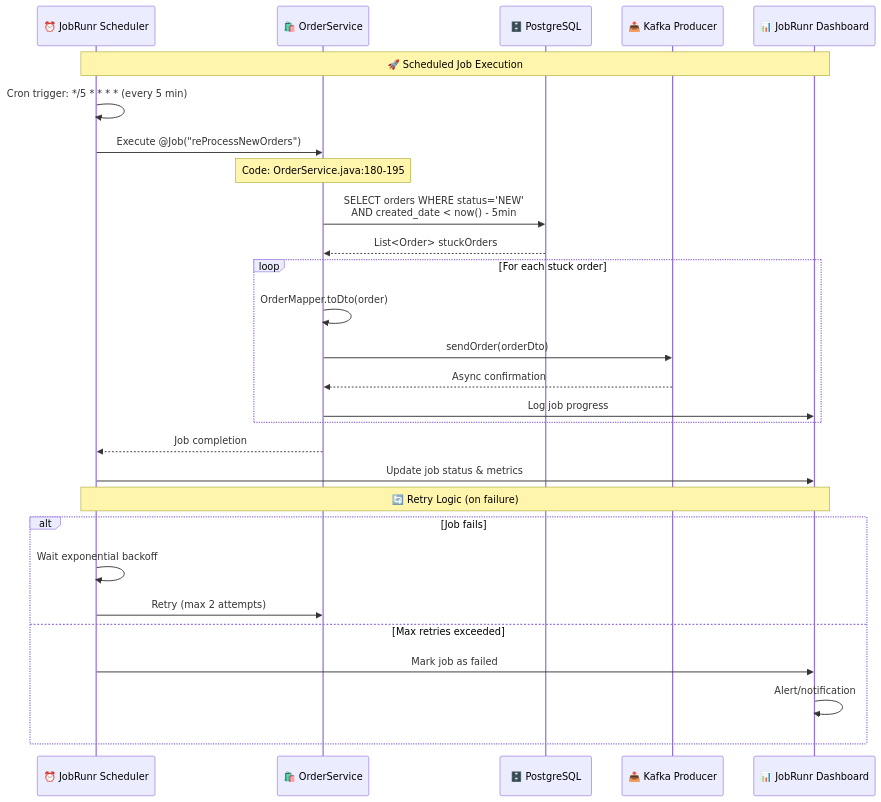
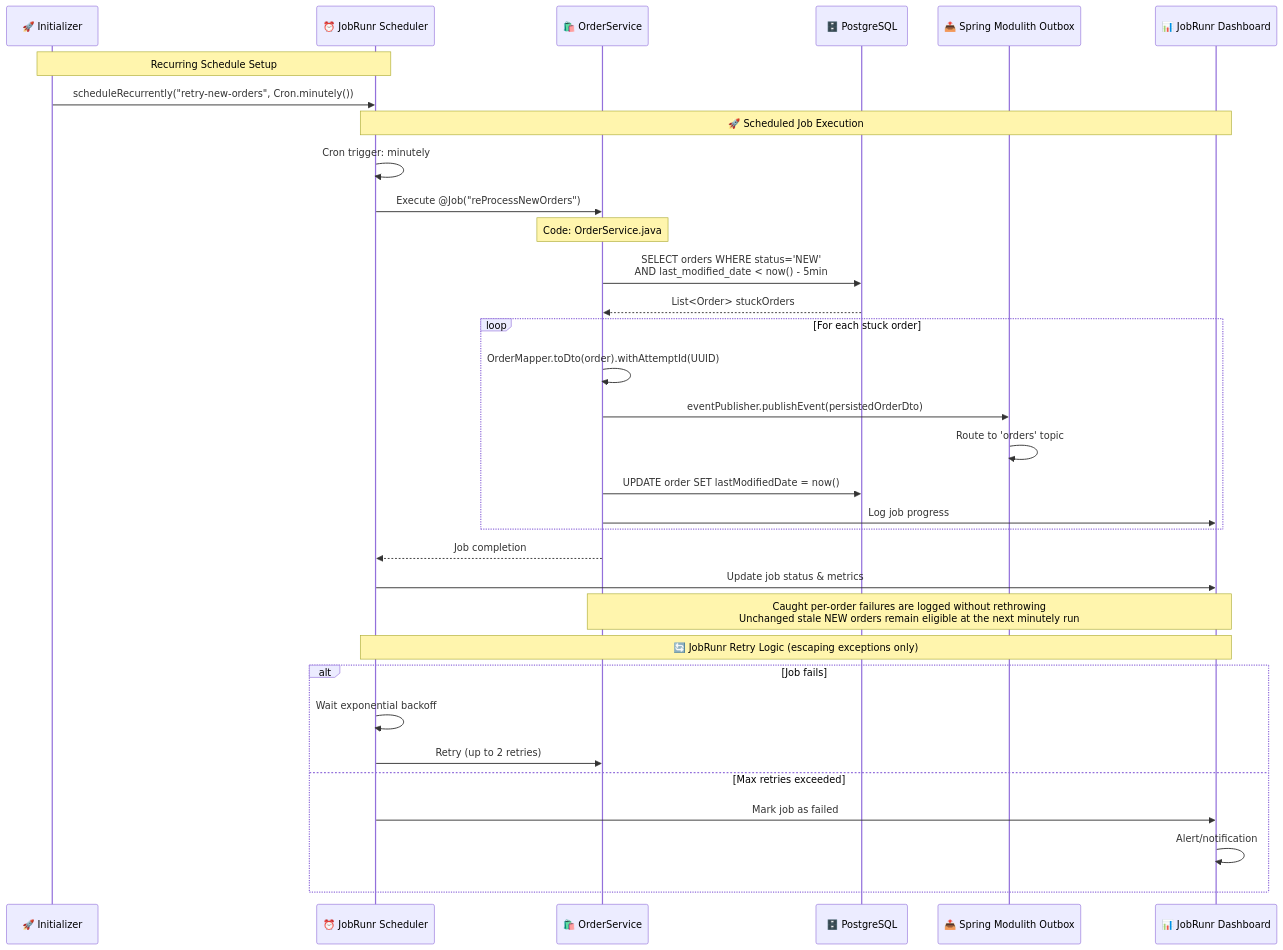
The second of 4 diagrams in order-service/docs/03-Background-Processing-JobRunr.md (rajadilipkolli/spring-boot-microservices-series-v2), drawn with Mermaid before and after one commit. The commit also changed other lines of this file and 51 other files, not shown here.

````diff
--- a/order-service/docs/03-Background-Processing-JobRunr.md
+++ b/order-service/docs/03-Background-Processing-JobRunr.md
@@ -37,35 +37,41 @@
 ```mermaid
 sequenceDiagram
+    participant Initializer as 🚀 Initializer
     participant Scheduler as ⏰ JobRunr Scheduler
     participant OrderService as 🛍️ OrderService
     participant Database as 🗄️ PostgreSQL
-    participant KafkaProducer as 📤 Kafka Producer
+    participant Modulith as 📤 Spring Modulith Outbox
     participant Dashboard as 📊 JobRunr Dashboard
     
+    Note over Initializer, Scheduler: Recurring Schedule Setup
+    Initializer->>Scheduler: scheduleRecurrently("retry-new-orders", Cron.minutely())
+    
     Note over Scheduler, Dashboard: 🚀 Scheduled Job Execution
-    Scheduler->>Scheduler: Cron trigger: */5 * * * * (every 5 min)
+    Scheduler->>Scheduler: Cron trigger: minutely
     Scheduler->>OrderService: Execute @Job("reProcessNewOrders")
     
-    Note over OrderService: Code: OrderService.java:180-195
-    OrderService->>Database: SELECT orders WHERE status='NEW'<br/>AND created_date < now() - 5min
+    Note over OrderService: Code: OrderService.java
+    OrderService->>Database: SELECT orders WHERE status='NEW'<br/>AND last_modified_date < now() - 5min
     Database-->>OrderService: List<Order> stuckOrders
     
     loop For each stuck order
-        OrderService->>OrderService: OrderMapper.toDto(order)
-        OrderService->>KafkaProducer: sendOrder(orderDto)
-        KafkaProducer-->>OrderService: Async confirmation
+        OrderService->>OrderService: OrderMapper.toDto(order).withAttemptId(UUID)
+        OrderService->>Modulith: eventPublisher.publishEvent(persistedOrderDto)
+        Modulith->>Modulith: Route to 'orders' topic
+        OrderService->>Database: UPDATE order SET lastModifiedDate = now()
         OrderService->>Dashboard: Log job progress
     end
     
     OrderService-->>Scheduler: Job completion
     Scheduler->>Dashboard: Update job status & metrics
     
-    Note over Scheduler, Dashboard: 🔄 Retry Logic (on failure)
+    Note over OrderService, Dashboard: Caught per-order failures are logged without rethrowing<br/>Unchanged stale NEW orders remain eligible at the next minutely run
+    Note over Scheduler, Dashboard: 🔄 JobRunr Retry Logic (escaping exceptions only)
     alt Job fails
         Scheduler->>Scheduler: Wait exponential backoff
-        Scheduler->>OrderService: Retry (max 2 attempts)
+        Scheduler->>OrderService: Retry (up to 2 retries)
     else Max retries exceeded
         Scheduler->>Dashboard: Mark job as failed
         Dashboard->>Dashboard: Alert/notification
     end
 ```
````
